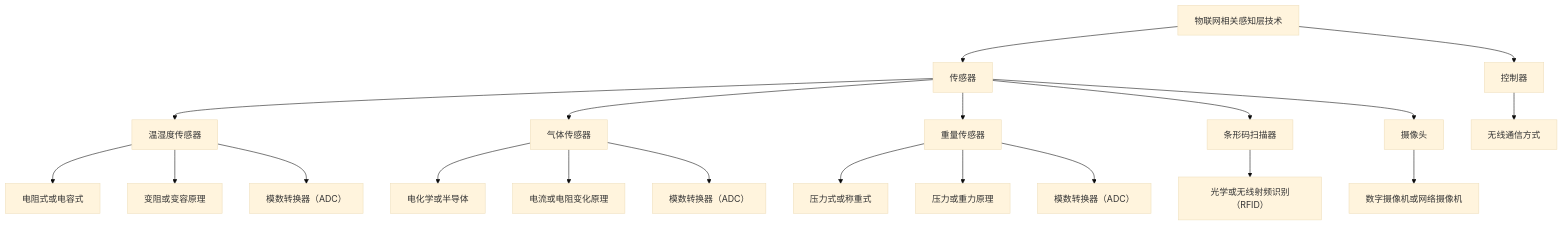
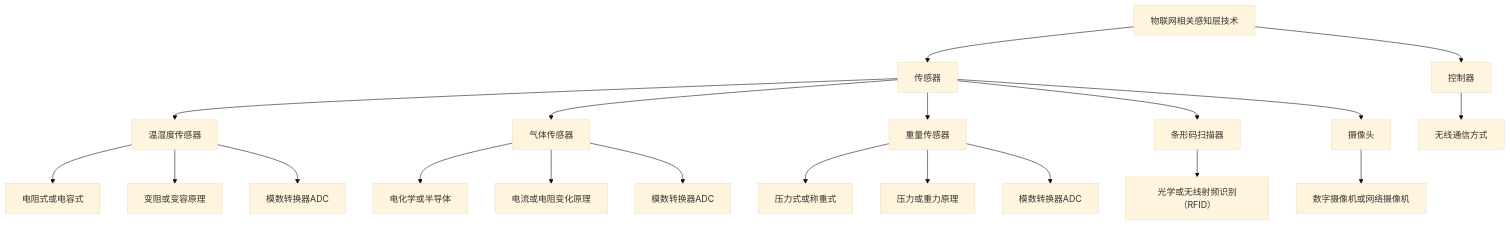
The second of 2 diagrams in Math/线代/行列式典型例题分析.md (Chenyinlin-Yiking/obsidian), drawn with Mermaid (base theme) before and after one commit.

Commit message:
vault backup: 2023-06-09 20:02:59

````diff
--- a/Math/线代/行列式典型例题分析.md
+++ b/Math/线代/行列式典型例题分析.md
@@ -70,23 +70,23 @@
 ```mermaid
 graph TD
 A[物联网相关感知层技术] --> B[传感器]
 A --> C[控制器]
 B --> D[温湿度传感器]
 B --> E[气体传感器]
 B --> F[重量传感器]
 B --> G[条形码扫描器]
 B --> H[摄像头]
 D --> I[电阻式或电容式]
 D --> J[变阻或变容原理]
-D --> K[模数转换器（ADC）]
+D --> K[模数转换器ADC]
 E --> L[电化学或半导体]
 E --> M[电流或电阻变化原理]
-E --> N[模数转换器（ADC）]
+E --> N[模数转换器ADC]
 F --> O[压力式或称重式]
 F --> P[压力或重力原理]
-F --> Q[模数转换器（ADC）]
+F --> Q[模数转换器ADC]
 G --> R[光学或无线射频识别（RFID）]
 H --> S[数字摄像机或网络摄像机]
 C --> T[无线通信方式]
 
 ```
````
